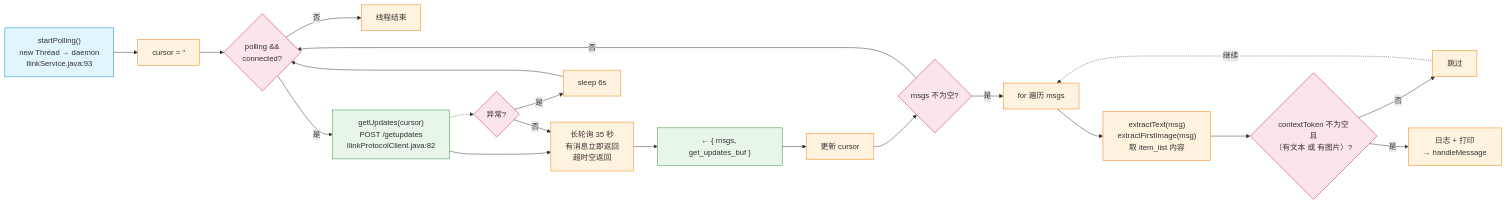
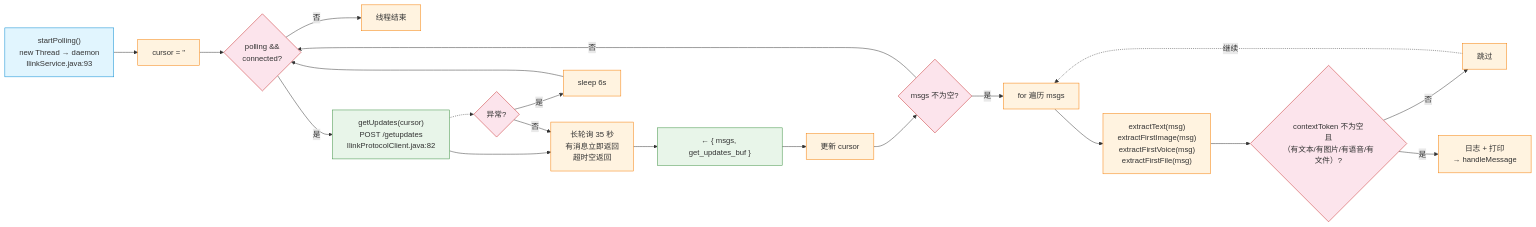
One commit to lys-123-qwe/Agent changed the third of 14 diagrams in ilink-flowchart.md. Above: the diagram before and after it, drawn with Mermaid. The commit also changed other lines of this file and 1 other file, not shown here.

Commit message:
完善流程图

````diff
--- a/ilink-flowchart.md
+++ b/ilink-flowchart.md
@@ -63,30 +63,30 @@
 ```mermaid
 flowchart LR
     PS["startPolling()<br>new Thread → daemon<br>IlinkService.java:93"]:::entry
     PI["cursor = ''"]:::process
     PS --> PI
     PL{"polling &&<br>connected?"}:::decision
     PI --> PL
     PL --> |"否"| PE["线程结束"]:::process
     PL --> |"是"| GET["getUpdates(cursor)<br>POST /getupdates<br>IlinkProtocolClient.java:82"]:::api
     GET --> LP["长轮询 35 秒<br>有消息立即返回<br>超时空返回"]:::process
     LP --> RESP["← { msgs, get_updates_buf }"]:::api
     RESP --> CU["更新 cursor"]:::process
     CU --> HM{"msgs 不为空?"}:::decision
     HM --> |"否"| PL
     HM --> |"是"| FOR["for 遍历 msgs"]:::process
-    FOR --> EXT["extractText(msg)<br>extractFirstImage(msg)<br>取 item_list 内容"]:::process
-    EXT --> VAL{"contextToken 不为空<br>且<br>（有文本 或 有图片）?"}:::decision
+    FOR --> EXT["extractText(msg)<br>extractFirstImage(msg)<br>extractFirstVoice(msg)<br>extractFirstFile(msg)"]:::process
+    EXT --> VAL{"contextToken 不为空<br>且<br>（有文本/有图片/有语音/有文件）?"}:::decision
     VAL --> |"否"| SK["跳过"]:::process
     SK -.->|"继续"| FOR
     VAL --> |"是"| LOG["日志 + 打印<br>→ handleMessage"]:::process
     GET -.-> ERR{"异常?"}:::decision
     ERR --> |"是"| EL["sleep 6s"]:::process
     EL --> PL
     ERR --> |"否"| LP
 
     classDef entry fill:#e1f5fe,stroke:#0288d1;
     classDef process fill:#fff3e0,stroke:#f57c00;
     classDef api fill:#e8f5e9,stroke:#388e3c;
     classDef decision fill:#fce4ec,stroke:#c62828;
 ```
````
